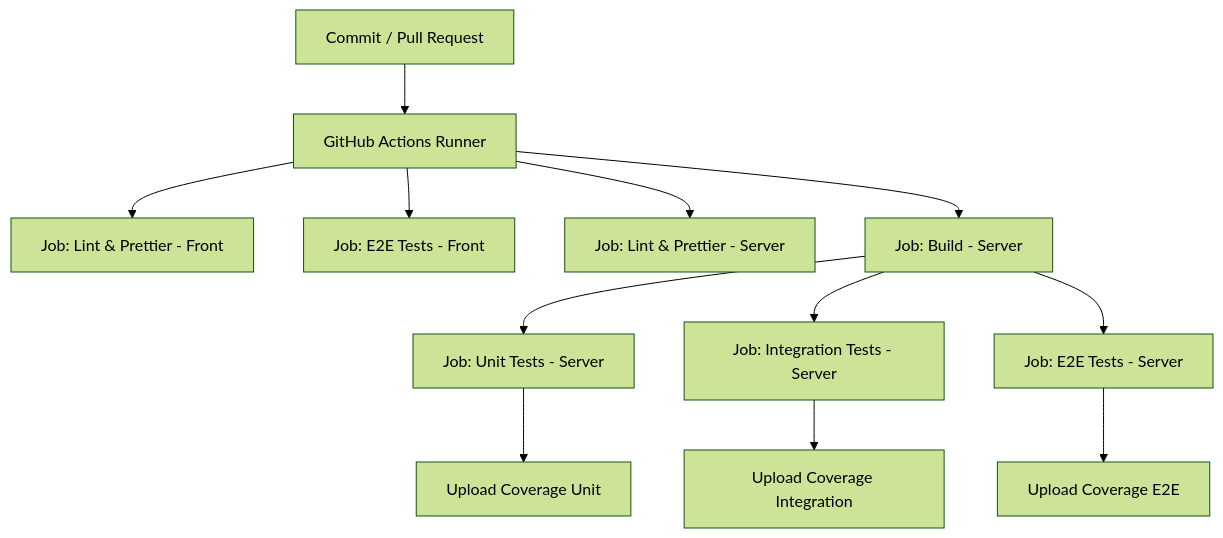
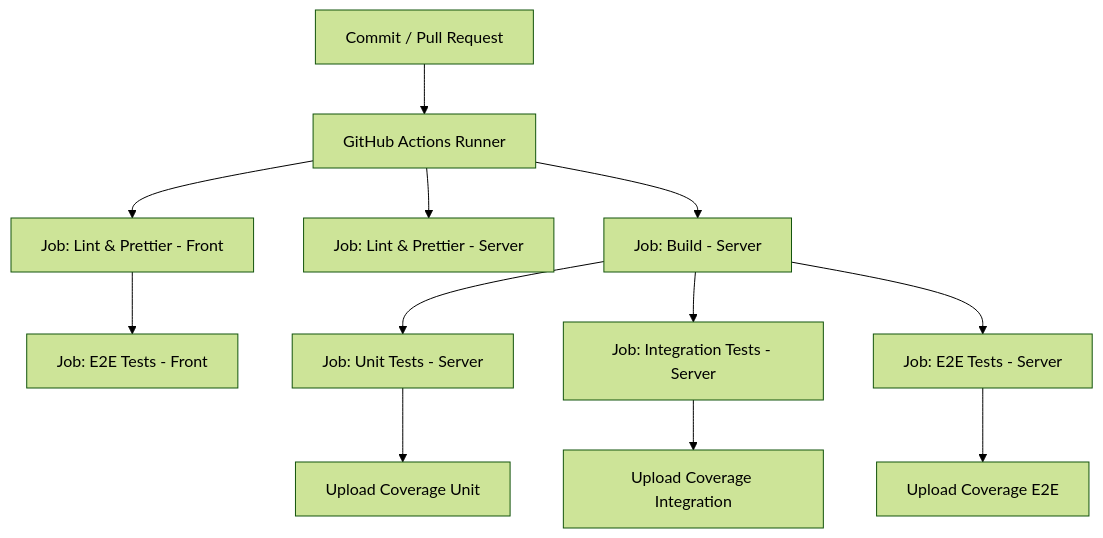
One commit to arleysouza/e2e-front-test changed the diagram in README.md. Above: the diagram before and after it, drawn with Mermaid (forest theme).

Commit message:
Testes e2e front

````diff
--- a/README.md
+++ b/README.md
@@ -243,20 +243,20 @@
 ```mermaid
 flowchart TD
     A[Commit / Pull Request] --> B[GitHub Actions Runner]
 
     %% Frontend
     B --> C[Job: Lint & Prettier - Front]
-    B --> D[Job: E2E Tests - Front]
+    C --> D[Job: E2E Tests - Front]
 
     %% Backend
     B --> E[Job: Lint & Prettier - Server]
     B --> F[Job: Build - Server]
     F --> G[Job: Unit Tests - Server]
     F --> H[Job: Integration Tests - Server]
     F --> I[Job: E2E Tests - Server]
 
     %% Coverage uploads
     G --> J[Upload Coverage Unit]
     H --> K[Upload Coverage Integration]
     I --> L[Upload Coverage E2E]
 ```
````
